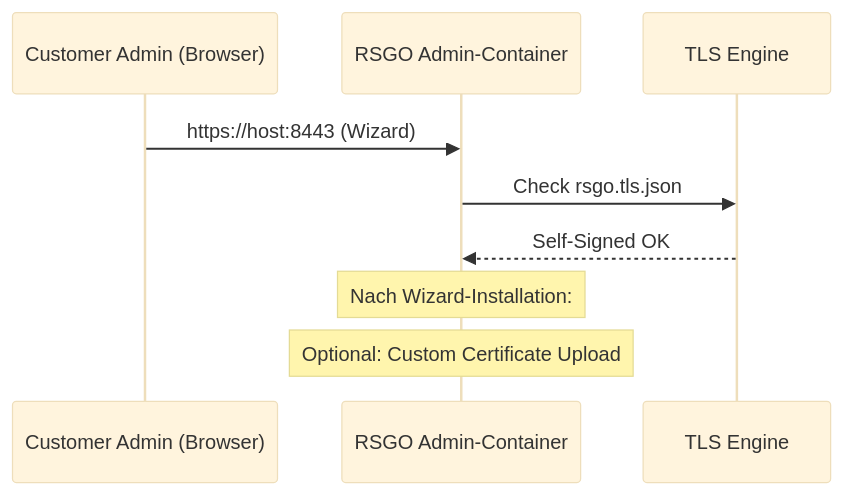
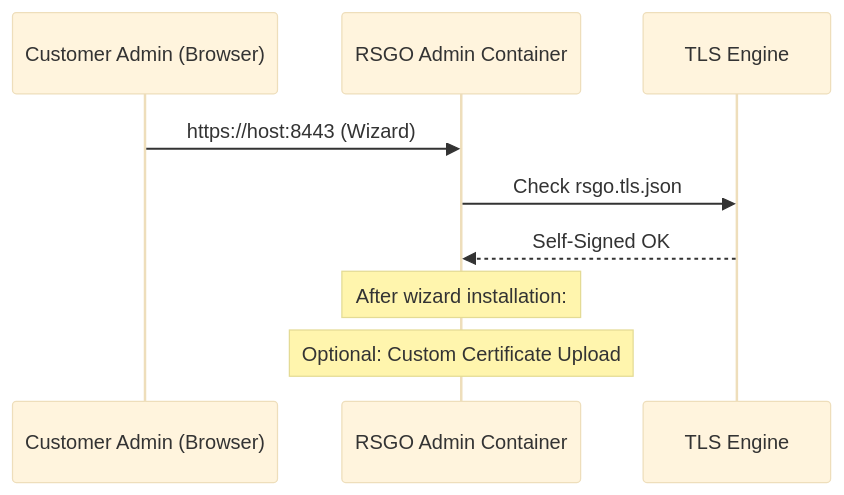
One commit to Wiesenwischer/ReadyStackGo changed the sixth of 6 diagrams in docs/Architecture/Overview.md. Above: the diagram before and after it, drawn with Mermaid (base theme). The commit also changed other lines of this file and 37 other files, not shown here.

````diff
--- a/docs/Architecture/Overview.md
+++ b/docs/Architecture/Overview.md
@@ -266,12 +266,12 @@
 ```mermaid
 sequenceDiagram
     participant C as Customer Admin (Browser)
-    participant A as RSGO Admin-Container
+    participant A as RSGO Admin Container
     participant T as TLS Engine
 
     C->>A: https://host:8443 (Wizard)
     A->>T: Check rsgo.tls.json
     T-->>A: Self-Signed OK
-    Note over A: Nach Wizard-Installation:
+    Note over A: After wizard installation:
     Note over A: Optional: Custom Certificate Upload
 ```
````
